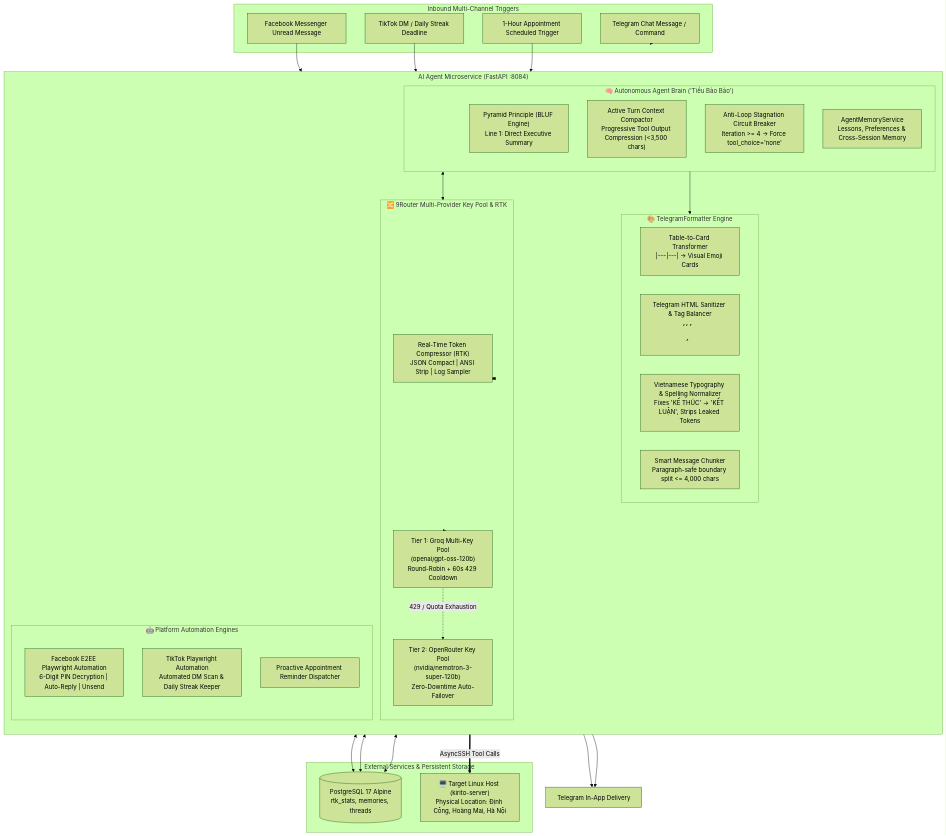
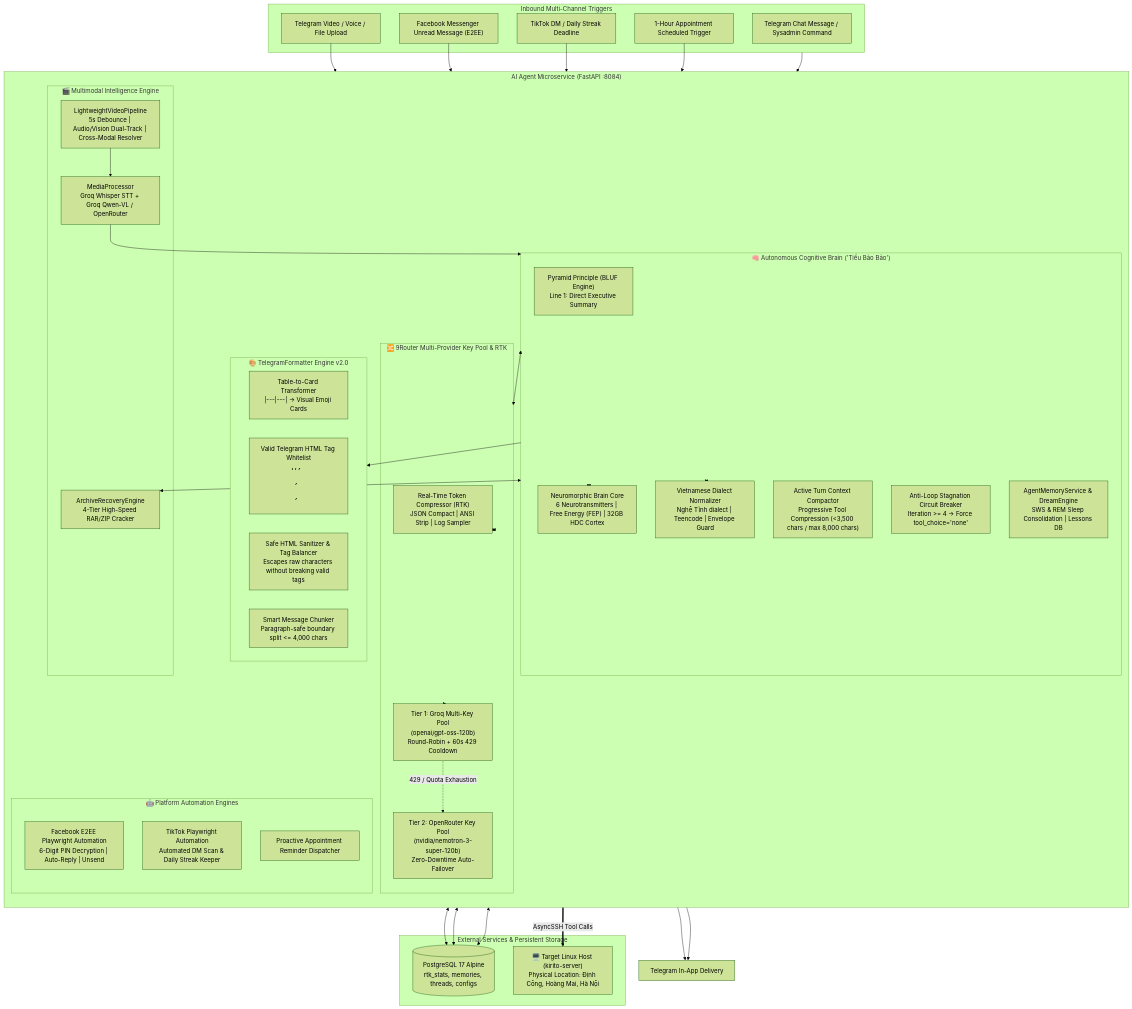
Before and after one commit to tranvanmanh9325/quan_ly_server: the first of 13 diagrams in docs/telegram-ai-agent.md, drawn with Mermaid (forest theme). The commit also changed other lines of this file and 10 other files, not shown here.

Commit message:
docs: comprehensive overhaul for Neuromorphic Brain Core, Multimodal Video Pipeline, and System Automation

````diff
--- a/docs/telegram-ai-agent.md
+++ b/docs/telegram-ai-agent.md
@@ -9,62 +9,77 @@
 ```mermaid
 flowchart TD
     subgraph InboundEvents["Inbound Multi-Channel Triggers"]
-        TGEvent["Telegram Chat Message / Command"]
-        FBEvent["Facebook Messenger Unread Message"]
+        TGEvent["Telegram Chat Message / Sysadmin Command"]
+        TGMedia["Telegram Video / Voice / File Upload"]
+        FBEvent["Facebook Messenger Unread Message (E2EE)"]
         TTEvent["TikTok DM / Daily Streak Deadline"]
         ApptEvent["1-Hour Appointment Scheduled Trigger"]
     end
 
     subgraph CoreAgentService["AI Agent Microservice (FastAPI :8084)"]
         direction TB
 
-        subgraph ReasoningLayer["🧠 Autonomous Agent Brain ('Tiểu Bảo Bảo')"]
+        subgraph ReasoningLayer["🧠 Autonomous Cognitive Brain ('Tiểu Bảo Bảo')"]
             BLUF["Pyramid Principle (BLUF Engine)\nLine 1: Direct Executive Summary"]
-            ContextCompactor["Active Turn Context Compactor\nProgressive Tool Output Compression (<3,500 chars)"]
+            BrainCore["Neuromorphic Brain Core\n6 Neurotransmitters | Free Energy (FEP) | 32GB HDC Cortex"]
+            ContextCompactor["Active Turn Context Compactor\nProgressive Tool Compression (<3,500 chars / max 8,000 chars)"]
             LoopBreaker["Anti-Loop Stagnation Circuit Breaker\nIteration >= 4 -> Force tool_choice='none'"]
-            MemoryBrain["AgentMemoryService\nLessons, Preferences & Cross-Session Memory"]
+            DialectNorm["Vietnamese Dialect Normalizer\nNghệ Tĩnh dialect | Teencode | Envelope Guard"]
+            MemoryBrain["AgentMemoryService & DreamEngine\nSWS & REM Sleep Consolidation | Lessons DB"]
+        end
+
+        subgraph MediaPipeline["🎬 Multimodal Intelligence Engine"]
+            VideoPipeline["LightweightVideoPipeline\n5s Debounce | Audio/Vision Dual-Track | Cross-Modal Resolver"]
+            MediaProc["MediaProcessor\nGroq Whisper STT + Groq Qwen-VL / OpenRouter"]
+            ArchiveCracker["ArchiveRecoveryEngine\n4-Tier High-Speed RAR/ZIP Cracker"]
         end
 
         subgraph RouterLayer["🔀 9Router Multi-Provider Key Pool & RTK"]
             RTK["Real-Time Token Compressor (RTK)\nJSON Compact | ANSI Strip | Log Sampler"]
             Tier1["Tier 1: Groq Multi-Key Pool\n(openai/gpt-oss-120b)\nRound-Robin + 60s 429 Cooldown"]
             Tier2["Tier 2: OpenRouter Key Pool\n(nvidia/nemotron-3-super-120b)\nZero-Downtime Auto-Failover"]
         end
 
-        subgraph FormattingLayer["🎨 TelegramFormatter Engine"]
+        subgraph FormattingLayer["🎨 TelegramFormatter Engine v2.0"]
             TableToCards["Table-to-Card Transformer\n|---|---| -> Visual Emoji Cards"]
-            HTMLSanitizer["Telegram HTML Sanitizer & Tag Balancer\n<b>, <i>, <code>, <pre>, <blockquote>"]
-            VietnameseNormalizer["Vietnamese Typography & Spelling Normalizer\nFixes 'KẾ THÚC' -> 'KẾT LUẬN', Strips Leaked Tokens"]
+            TagWhitelist["Valid Telegram HTML Tag Whitelist\n<b>, <i>, <code>, <pre>, <blockquote>, <a>"]
+            HTMLSanitizer["Safe HTML Sanitizer & Tag Balancer\nEscapes raw characters without breaking valid tags"]
             Chunker["Smart Message Chunker\nParagraph-safe boundary split <= 4,000 chars"]
         end
 
         subgraph AutomationEngines["🤖 Platform Automation Engines"]
             PlaywrightFB["Facebook E2EE Playwright Automation\n6-Digit PIN Decryption | Auto-Reply | Unsend"]
             PlaywrightTT["TikTok Playwright Automation\nAutomated DM Scan & Daily Streak Keeper"]
             ApptService["Proactive Appointment Reminder Dispatcher"]
         end
     end
 
     subgraph StorageAndHost["External Services & Persistent Storage"]
-        PostgresDB[("PostgreSQL 17 Alpine\nrtk_stats, memories, threads")]
+        PostgresDB[("PostgreSQL 17 Alpine\nrtk_stats, memories, threads, configs")]
         TargetHost["🖥️ Target Linux Host (kirito-server)\nPhysical Location: Định Công, Hoàng Mai, Hà Nội"]
     end
 
     InboundEvents --> ReasoningLayer
+    TGMedia --> VideoPipeline
+    VideoPipeline --> MediaProc
+    MediaProc --> ReasoningLayer
     ReasoningLayer <--> RouterLayer
+    ReasoningLayer <--> BrainCore
+    ReasoningLayer <--> DialectNorm
+    ReasoningLayer <--> ArchiveCracker
     RouterLayer --> Tier1
     Tier1 -.->|429 / Quota Exhaustion| Tier2
     RouterLayer <--> RTK
     RTK <--> PostgresDB
 
     ReasoningLayer ==>|AsyncSSH Tool Calls| TargetHost
     ReasoningLayer --> FormattingLayer
     FormattingLayer --> TelegramOutbound["Telegram In-App Delivery"]
 
     FBEvent --> PlaywrightFB
     TTEvent --> PlaywrightTT
     ApptEvent --> ApptService
     ApptService --> TelegramOutbound
     PlaywrightFB <--> PostgresDB
     MemoryBrain <--> PostgresDB
 ```
````
